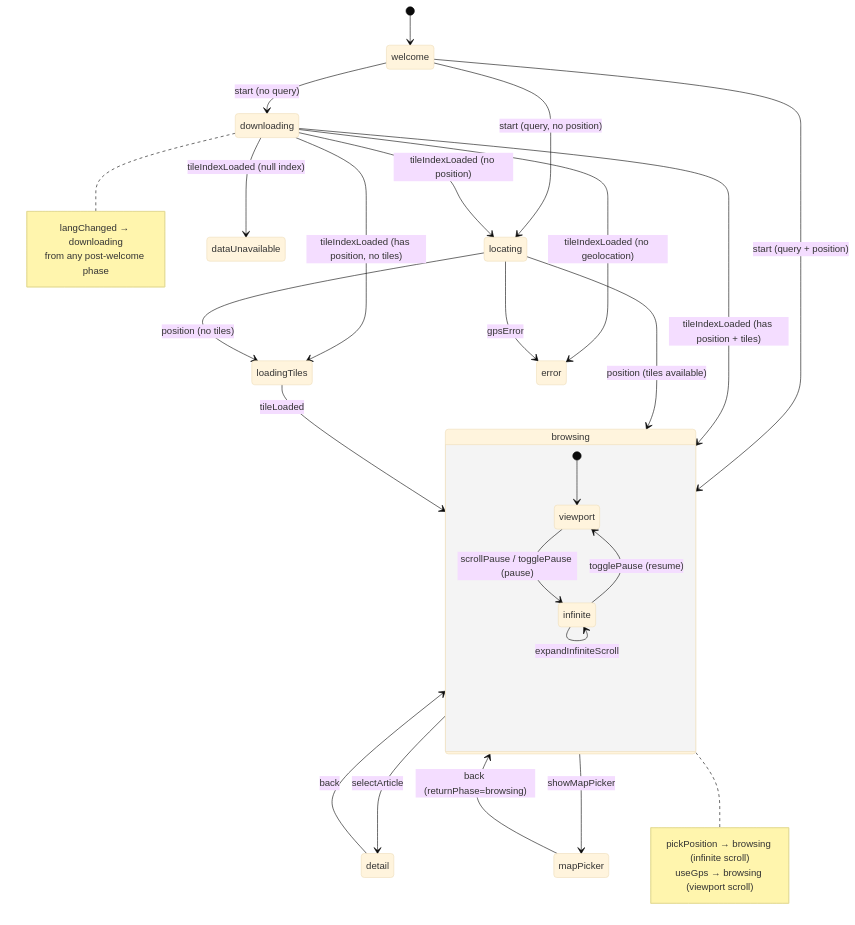
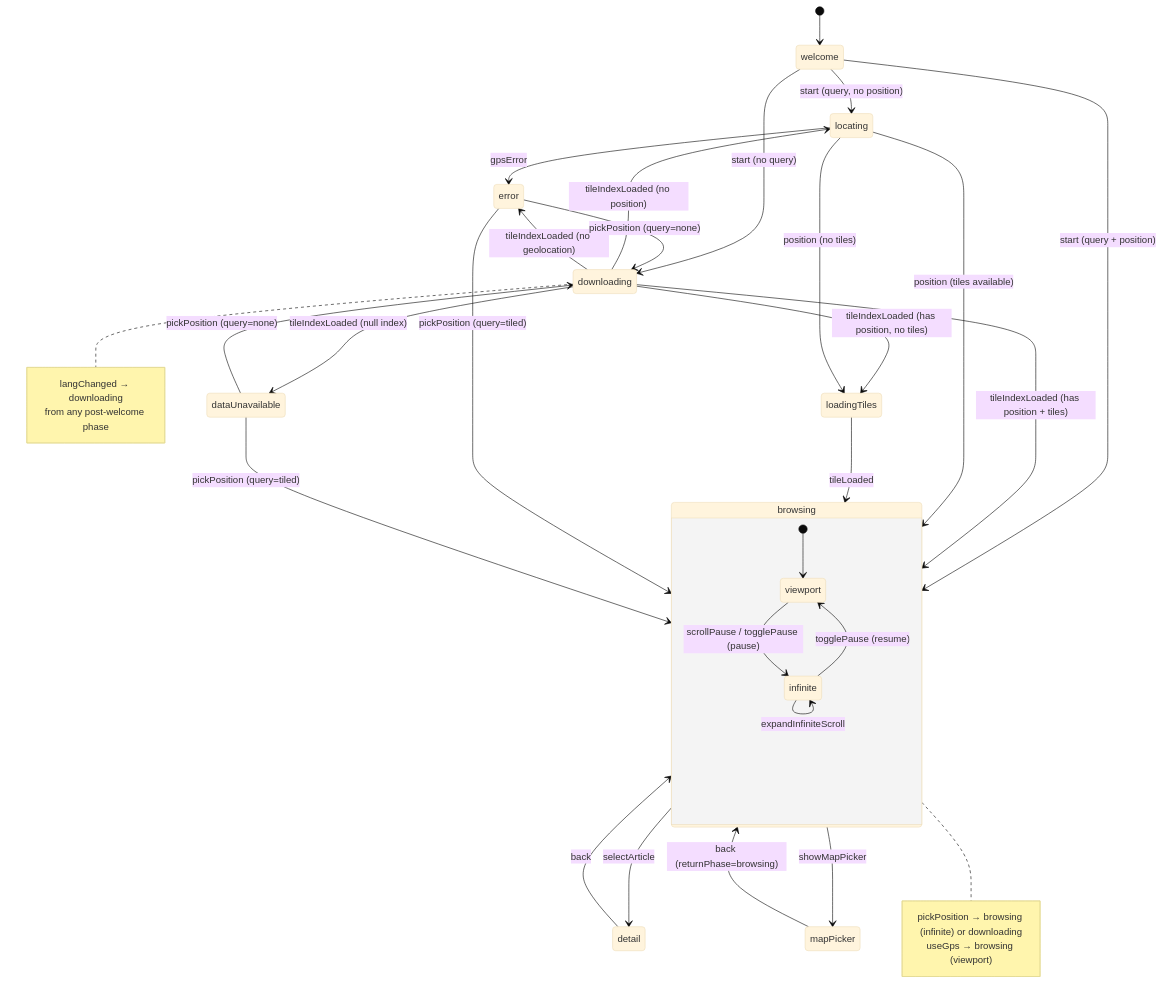
The diagram in docs/state-machine.md (ChrisSteinbach/tour-guide), drawn with Mermaid (base theme) before and after one commit. The commit also changed 2 other files, not shown here.

Commit message:
Add missing exit transitions from error/dataUnavailable in state diagram
The Mermaid diagram showed error and dataUnavailable as dead-end states.
Added pickPosition transitions (→ browsing or → downloading depending on
query state) and fixed minor issues in architecture.md and infinite-scroll.md.

````diff
--- a/docs/state-machine.md
+++ b/docs/state-machine.md
@@ -114,42 +114,47 @@
 ```mermaid
 stateDiagram-v2
     [*] --> welcome
 
     welcome --> browsing : start (query + position)
     welcome --> locating : start (query, no position)
     welcome --> downloading : start (no query)
 
     downloading --> browsing : tileIndexLoaded (has position + tiles)
     downloading --> loadingTiles : tileIndexLoaded (has position, no tiles)
     downloading --> locating : tileIndexLoaded (no position)
     downloading --> error : tileIndexLoaded (no geolocation)
     downloading --> dataUnavailable : tileIndexLoaded (null index)
 
     locating --> loadingTiles : position (no tiles)
     locating --> browsing : position (tiles available)
     locating --> error : gpsError
 
     loadingTiles --> browsing : tileLoaded
 
+    error --> browsing : pickPosition (query=tiled)
+    error --> downloading : pickPosition (query=none)
+    dataUnavailable --> browsing : pickPosition (query=tiled)
+    dataUnavailable --> downloading : pickPosition (query=none)
+
     browsing --> detail : selectArticle
     browsing --> mapPicker : showMapPicker
     detail --> browsing : back
     mapPicker --> browsing : back (returnPhase=browsing)
 
     state browsing {
         [*] --> viewport
         viewport --> infinite : scrollPause / togglePause (pause)
         infinite --> viewport : togglePause (resume)
         infinite --> infinite : expandInfiniteScroll
     }
 
     note right of browsing
-        pickPosition → browsing (infinite scroll)
-        useGps → browsing (viewport scroll)
+        pickPosition → browsing (infinite) or downloading
+        useGps → browsing (viewport)
     end note
 
     note right of downloading
         langChanged → downloading
         from any post-welcome phase
     end note
 ```
````
